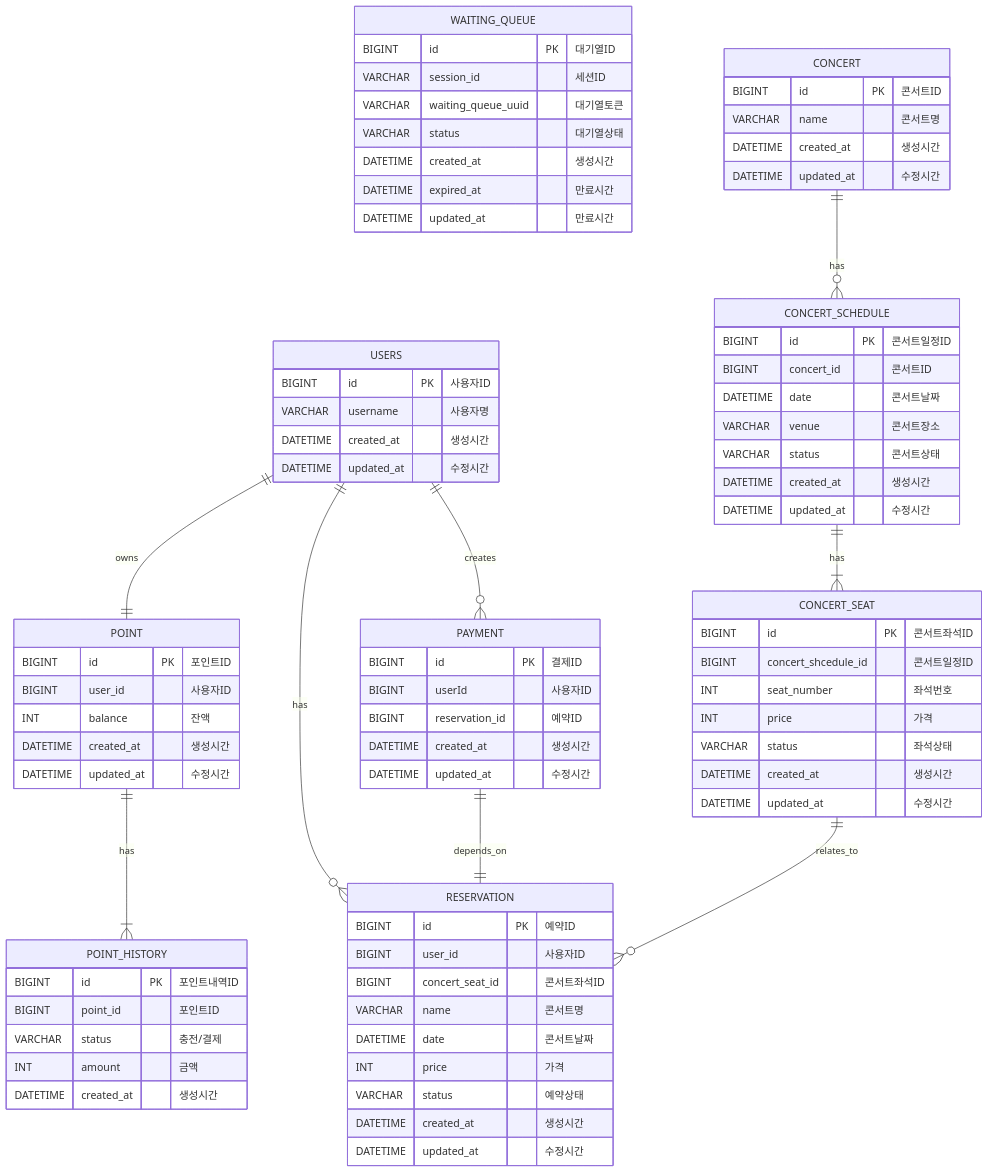
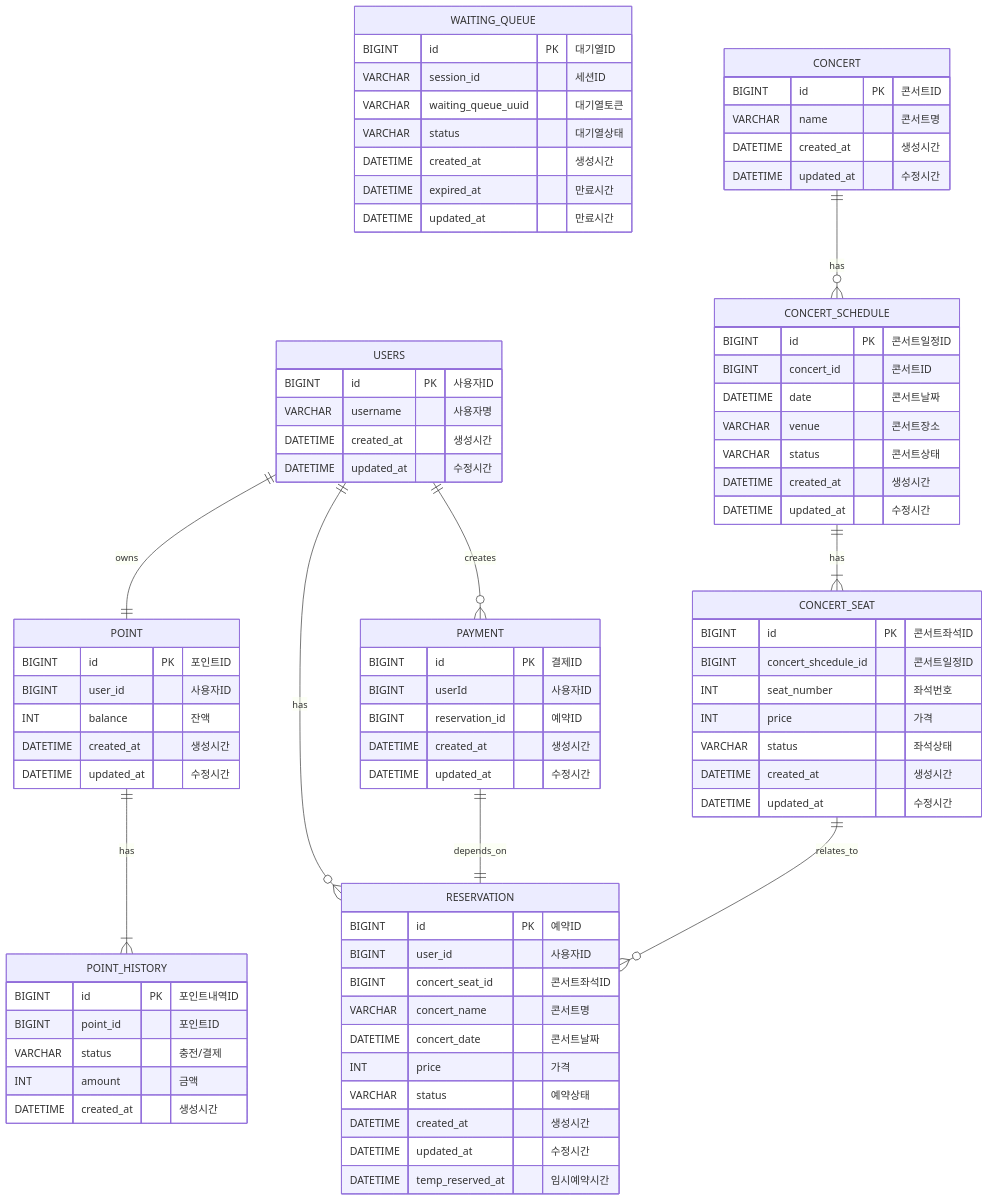
Before and after one commit to jjeongminchoi/hanghae-concert-reservation: the diagram in docs/ERD.md, drawn with Mermaid. The commit also changed 29 other files, not shown here.

````diff
--- a/docs/ERD.md
+++ b/docs/ERD.md
@@ -81,11 +81,12 @@
         BIGINT id PK "예약ID"
         BIGINT user_id "사용자ID"
         BIGINT concert_seat_id "콘서트좌석ID"
-        VARCHAR name "콘서트명"
-        DATETIME date "콘서트날짜"
+        VARCHAR concert_name "콘서트명"
+        DATETIME concert_date "콘서트날짜"
         INT price "가격"
         VARCHAR status "예약상태"
         DATETIME created_at "생성시간"
         DATETIME updated_at "수정시간"
+        DATETIME temp_reserved_at "임시예약시간"
     }
 ```
````
